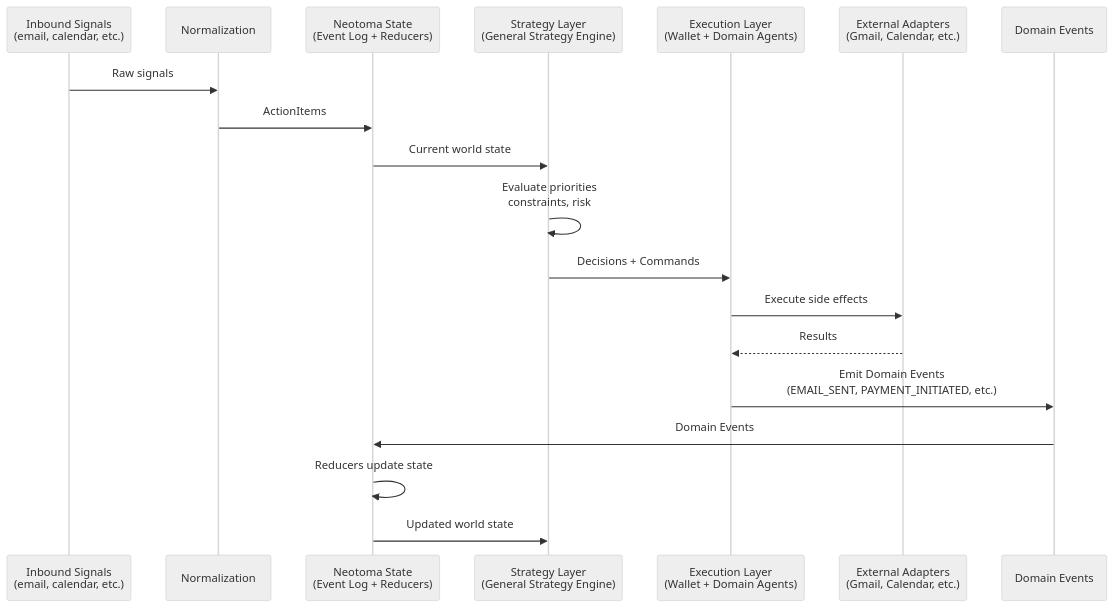
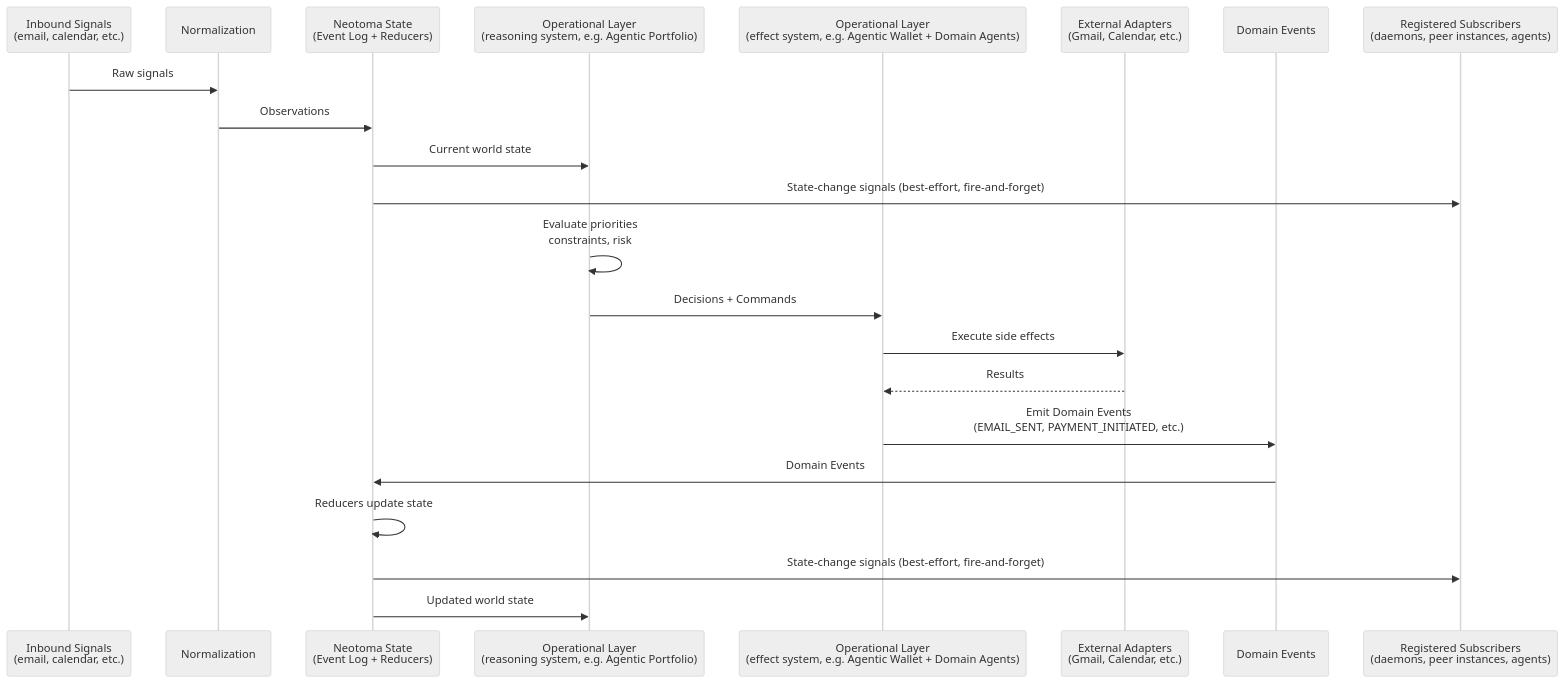
One commit to markmhendrickson/neotoma changed the second of 7 diagrams in docs/architecture/architecture.md. Above: the diagram before and after it, drawn with Mermaid. The commit also changed other lines of this file and 4251 other files, not shown here.

````diff
--- a/docs/architecture/architecture.md
+++ b/docs/architecture/architecture.md
@@ -177,22 +171,25 @@
 ```mermaid
 %%{init: {'theme':'neutral'}}%%
 sequenceDiagram
     participant Signals as Inbound Signals<br/>(email, calendar, etc.)
     participant Normalize as Normalization
     participant State as Neotoma State<br/>(Event Log + Reducers)
-    participant Strategy as Strategy Layer<br/>(General Strategy Engine)
-    participant Execution as Execution Layer<br/>(Wallet + Domain Agents)
+    participant Strategy as Operational Layer<br/>(reasoning system, e.g. Agentic Portfolio)
+    participant Execution as Operational Layer<br/>(effect system, e.g. Agentic Wallet + Domain Agents)
     participant Adapters as External Adapters<br/>(Gmail, Calendar, etc.)
     participant Events as Domain Events
+    participant Subscribers as Registered Subscribers<br/>(daemons, peer instances, agents)
     Signals->>Normalize: Raw signals
-    Normalize->>State: ActionItems
+    Normalize->>State: Observations
     State->>Strategy: Current world state
+    State->>Subscribers: State-change signals (best-effort, fire-and-forget)
     Strategy->>Strategy: Evaluate priorities<br/>constraints, risk
     Strategy->>Execution: Decisions + Commands
     Execution->>Adapters: Execute side effects
     Adapters-->>Execution: Results
     Execution->>Events: Emit Domain Events<br/>(EMAIL_SENT, PAYMENT_INITIATED, etc.)
     Events->>State: Domain Events
     State->>State: Reducers update state
+    State->>Subscribers: State-change signals (best-effort, fire-and-forget)
     State->>Strategy: Updated world state
 ```
````
